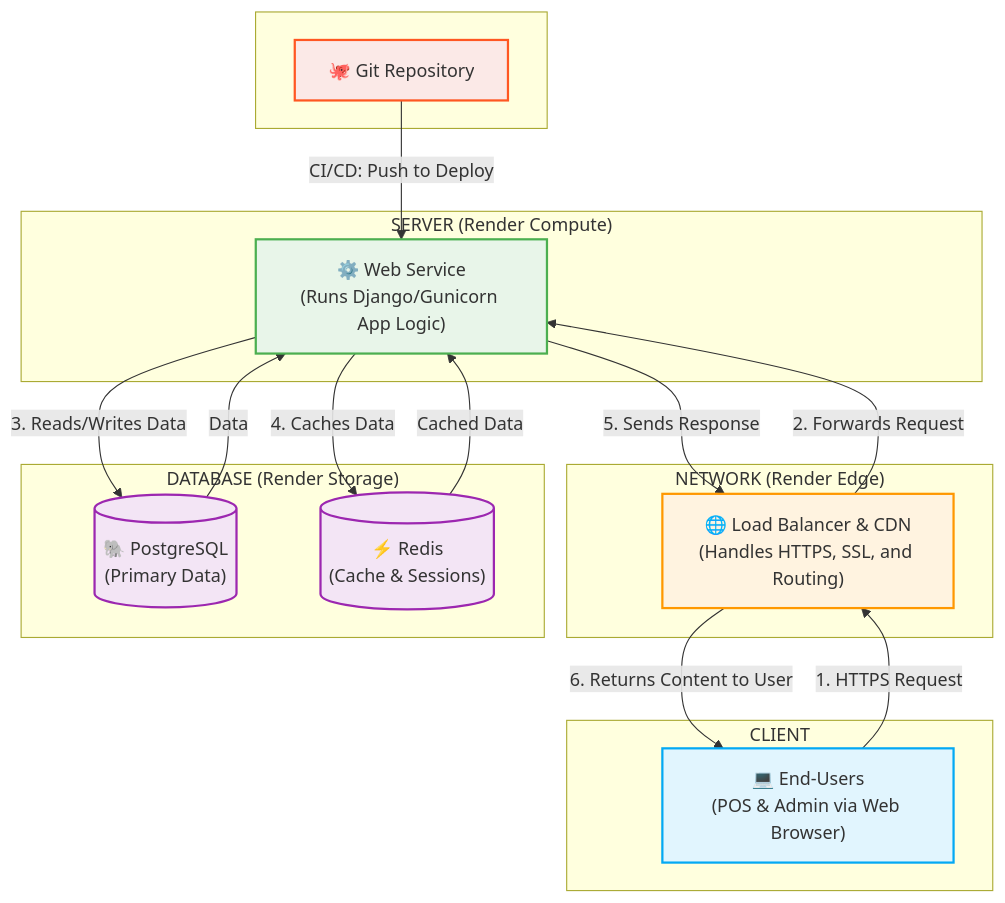
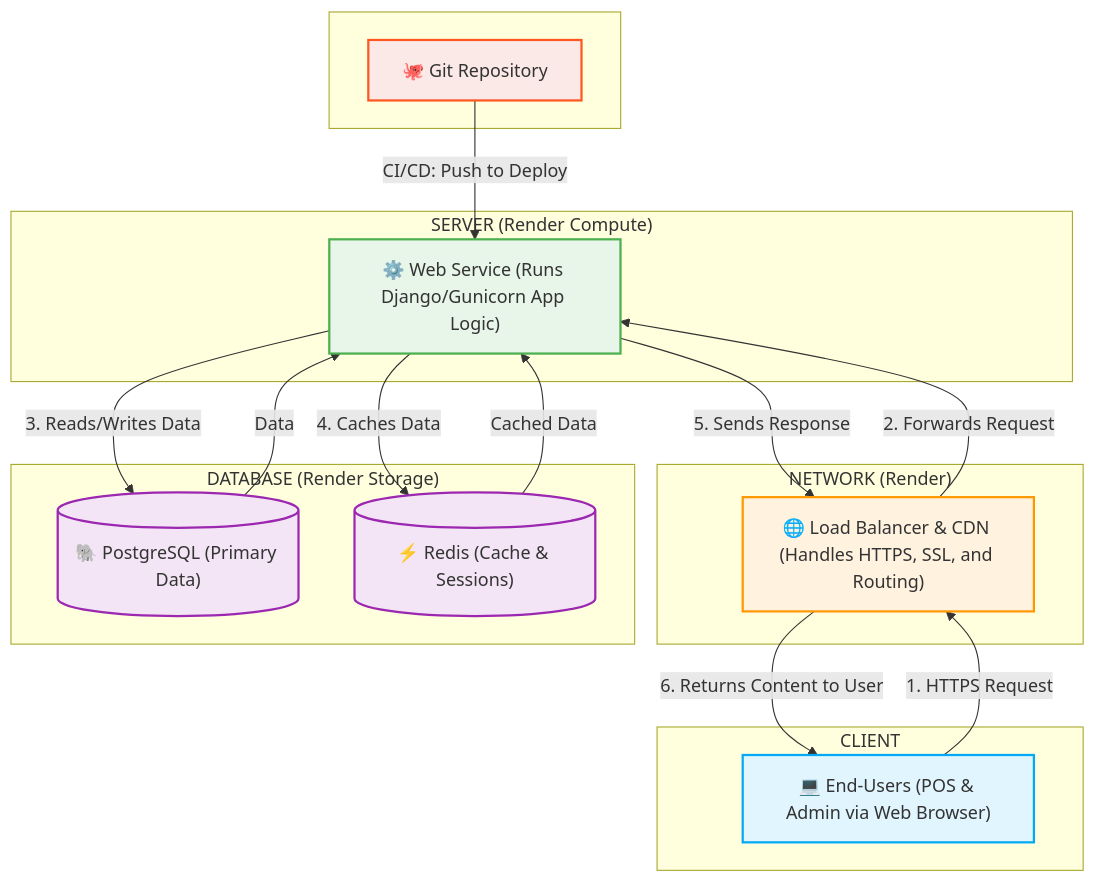
Before and after one commit to JhoramNarsico/Rich-Land-IOS: the diagram in mermaid.mmd, drawn with Mermaid.

Commit message:
refactor:mermaid

```diff
--- a/mermaid.mmd
+++ b/mermaid.mmd
@@ -1,49 +1,49 @@
 flowchart TD
     %% --- Styling Definitions ---
     classDef client fill:#e1f5fe,stroke:#03a9f4,stroke-width:2px,color:#333;
     classDef network fill:#fff3e0,stroke:#ff9800,stroke-width:2px,color:#333;
     classDef server fill:#e8f5e9,stroke:#4caf50,stroke-width:2px,color:#333;
     classDef database fill:#f3e5f5,stroke:#9c27b0,stroke-width:2px,color:#333;
     classDef git fill:#fbe9e7,stroke:#ff5722,stroke-width:2px,color:#333;
 
     %% --- Component Layers ---
 
     subgraph " "
         GIT["🐙 Git Repository"]:::git
     end
 
     subgraph "CLIENT"
-        C["💻 End-Users\n(POS & Admin via Web Browser)"]:::client
+        C["💻 End-Users (POS & Admin via Web Browser)"]:::client
     end
 
-    subgraph "NETWORK (Render Edge)"
-        N["🌐 Load Balancer & CDN\n(Handles HTTPS, SSL, and Routing)"]:::network
+    subgraph "NETWORK (Render)"
+        N["🌐 Load Balancer & CDN (Handles HTTPS, SSL, and Routing)"]:::network
     end
 
     subgraph "SERVER (Render Compute)"
-        S["⚙️ Web Service\n(Runs Django/Gunicorn App Logic)"]:::server
+        S["⚙️ Web Service (Runs Django/Gunicorn App Logic)"]:::server
     end
 
     subgraph "DATABASE (Render Storage)"
-        D1[("🐘 PostgreSQL\n(Primary Data)")]:::database
-        D2[("⚡ Redis\n(Cache & Sessions)")]:::database
+        D1[("🐘 PostgreSQL (Primary Data)")]:::database
+        D2[("⚡ Redis (Cache & Sessions)")]:::database
     end
 
     %% --- Connections & Data Flow ---
 
     %% 1. User Request Flow
     C -- "1. HTTPS Request" --> N
     N -- "2. Forwards Request" --> S
     
     %% 2. Server-Side Processing
     S -- "3. Reads/Writes Data" --> D1
     S -- "4. Caches Data" --> D2
     
     %% 3. Response Flow
     D1 -- "Data" --> S
     D2 -- "Cached Data" --> S
     S -- "5. Sends Response" --> N
     N -- "6. Returns Content to User" --> C
 
     %% 4. Deployment Flow
     GIT -- "CI/CD: Push to Deploy" --> S
```
